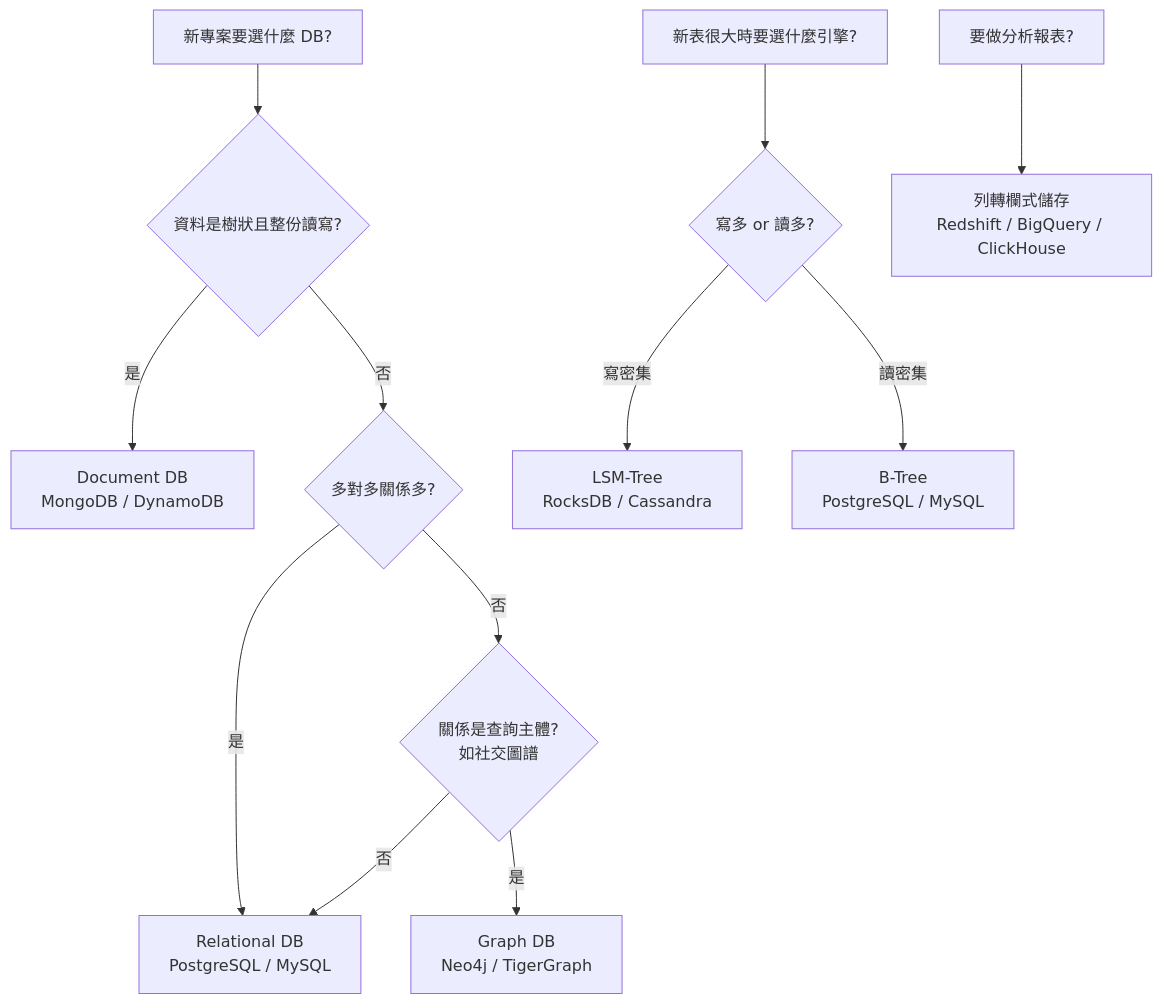
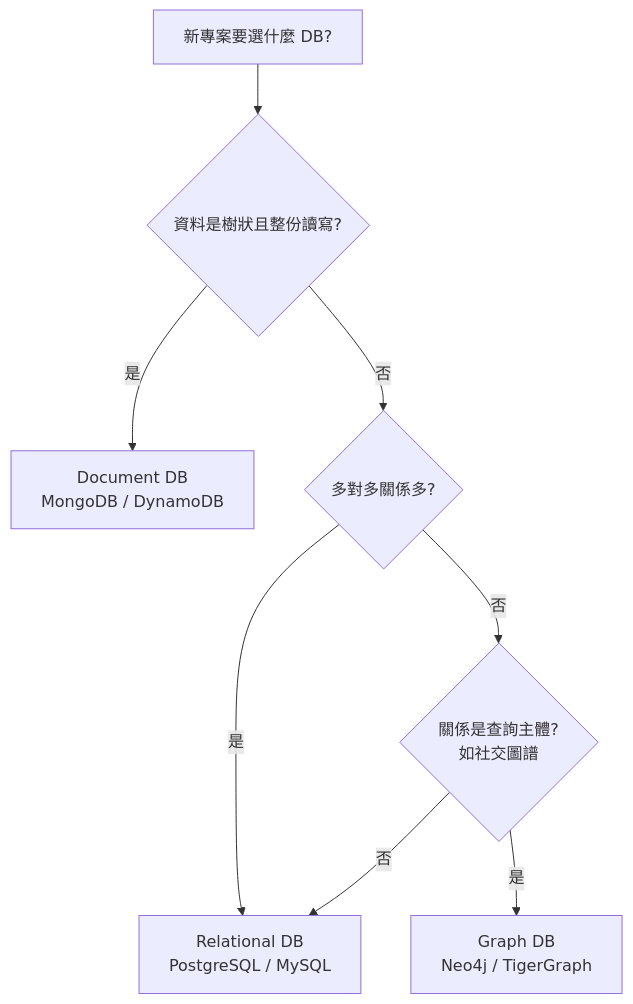
The first of 3 diagrams in docs/part-1/index.md (maplestartend/ddia-zh), drawn with Mermaid before and after one commit. The commit also changed other lines of this file and 6 other files, not shown here.

````diff
--- a/docs/part-1/index.md
+++ b/docs/part-1/index.md
@@ -45,16 +49,10 @@
 ```mermaid
 flowchart TD
     A[新專案要選什麼 DB?] --> B{資料是樹狀且整份讀寫?}
     B -- 是 --> C[Document DB<br/>MongoDB / DynamoDB]
     B -- 否 --> D{多對多關係多?}
     D -- 是 --> E[Relational DB<br/>PostgreSQL / MySQL]
     D -- 否 --> F{關係是查詢主體?<br/>如社交圖譜}
     F -- 是 --> G[Graph DB<br/>Neo4j / TigerGraph]
     F -- 否 --> E
-
-    H[新表很大時要選什麼引擎?] --> I{寫多 or 讀多?}
-    I -- 寫密集 --> J[LSM-Tree<br/>RocksDB / Cassandra]
-    I -- 讀密集 --> K[B-Tree<br/>PostgreSQL / MySQL]
-
-    L[要做分析報表?] --> M[列轉欄式儲存<br/>Redshift / BigQuery / ClickHouse]
 ```
````
